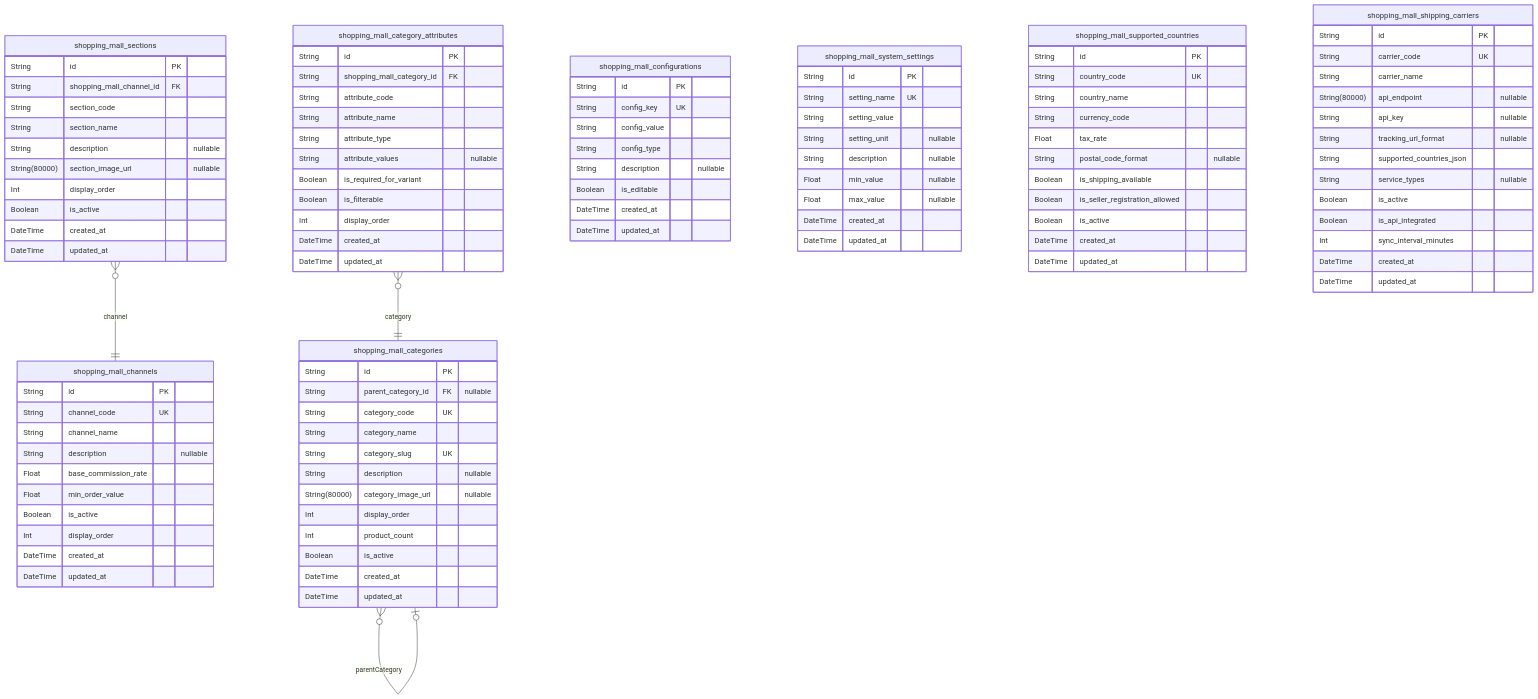
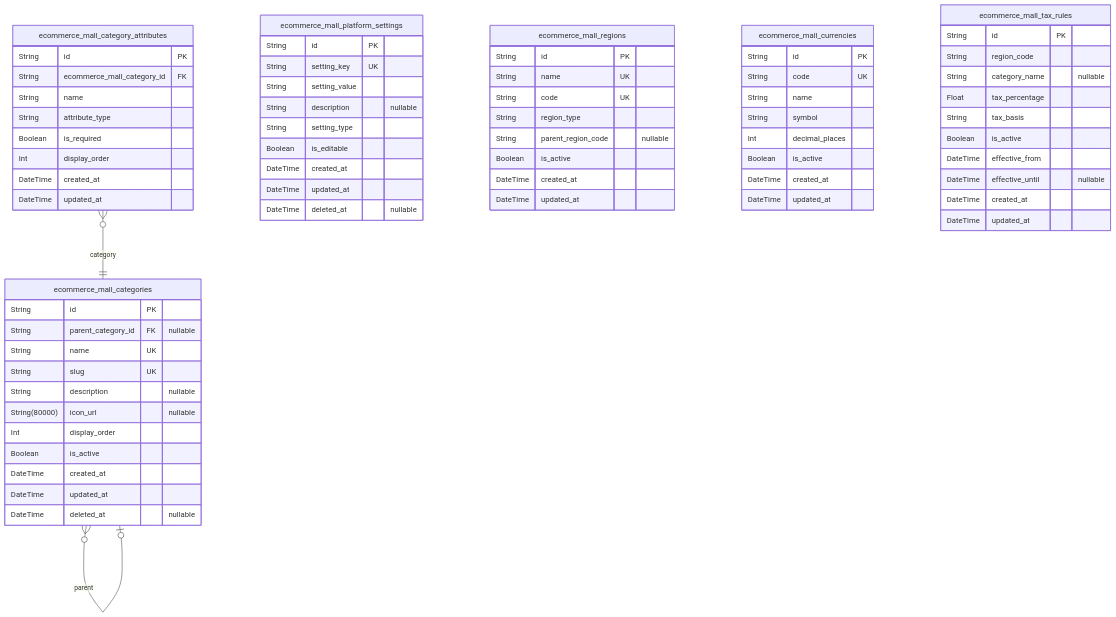
The first of 11 diagrams in anthropic/claude-haiku-4.5/shopping/docs/ERD.md (wrtnlabs/autobe-examples), drawn with Mermaid before and after one commit. The commit also changed other lines of this file and 22498 other files, not shown here.

````diff
--- a/anthropic/claude-haiku-4.5/shopping/docs/ERD.md
+++ b/anthropic/claude-haiku-4.5/shopping/docs/ERD.md
@@ -20,106 +19,71 @@
 ```mermaid
 erDiagram
-"shopping_mall_channels" {
+"ecommerce_mall_categories" {
   String id PK
-  String channel_code UK
-  String channel_name
+  String parent_category_id FK "nullable"
+  String name UK
+  String slug UK
   String description "nullable"
-  Float base_commission_rate
-  Float min_order_value
+  String(80000) icon_url "nullable"
+  Int display_order
   Boolean is_active
+  DateTime created_at
+  DateTime updated_at
+  DateTime deleted_at "nullable"
+}
+"ecommerce_mall_category_attributes" {
+  String id PK
+  String ecommerce_mall_category_id FK
+  String name
+  String attribute_type
+  Boolean is_required
   Int display_order
   DateTime created_at
   DateTime updated_at
 }
-"shopping_mall_sections" {
+"ecommerce_mall_platform_settings" {
   String id PK
-  String shopping_mall_channel_id FK
-  String section_code
-  String section_name
+  String setting_key UK
+  String setting_value
   String description "nullable"
-  String(80000) section_image_url "nullable"
-  Int display_order
+  String setting_type
+  Boolean is_editable
+  DateTime created_at
+  DateTime updated_at
+  DateTime deleted_at "nullable"
+}
+"ecommerce_mall_regions" {
+  String id PK
+  String name UK
+  String code UK
+  String region_type
+  String parent_region_code "nullable"
   Boolean is_active
   DateTime created_at
   DateTime updated_at
 }
-"shopping_mall_categories" {
+"ecommerce_mall_currencies" {
   String id PK
-  String parent_category_id FK "nullable"
-  String category_code UK
-  String category_name
-  String category_slug UK
-  String description "nullable"
-  String(80000) category_image_url "nullable"
-  Int display_order
-  Int product_count
+  String code UK
+  String name
+  String symbol
+  Int decimal_places
   Boolean is_active
   DateTime created_at
   DateTime updated_at
 }
-"shopping_mall_category_attributes" {
+"ecommerce_mall_tax_rules" {
   String id PK
-  String shopping_mall_category_id FK
-  String attribute_code
-  String attribute_name
-  String attribute_type
-  String attribute_values "nullable"
-  Boolean is_required_for_variant
-  Boolean is_filterable
-  Int display_order
+  String region_code
+  String category_name "nullable"
+  Float tax_percentage
+  String tax_basis
+  Boolean is_active
+  DateTime effective_from
+  DateTime effective_until "nullable"
   DateTime created_at
   DateTime updated_at
 }
-"shopping_mall_configurations" {
-  String id PK
-  String config_key UK
-  String config_value
-  String config_type
-  String description "nullable"
-  Boolean is_editable
-  DateTime created_at
-  DateTime updated_at
-}
-"shopping_mall_system_settings" {
-  String id PK
-  String setting_name UK
-  String setting_value
-  String setting_unit "nullable"
-  String description "nullable"
-  Float min_value "nullable"
-  Float max_value "nullable"
-  DateTime created_at
-  DateTime updated_at
-}
-"shopping_mall_supported_countries" {
-  String id PK
-  String country_code UK
-  String country_name
-  String currency_code
-  Float tax_rate
-  String postal_code_format "nullable"
-  Boolean is_shipping_available
-  Boolean is_seller_registration_allowed
-  Boolean is_active
-  DateTime created_at
-  DateTime updated_at
-}
-"shopping_mall_shipping_carriers" {
-  String id PK
-  String carrier_code UK
-  String carrier_name
-  String(80000) api_endpoint "nullable"
-  String api_key "nullable"
-  String tracking_url_format "nullable"
-  String supported_countries_json
-  String service_types "nullable"
-  Boolean is_active
-  Boolean is_api_integrated
-  Int sync_interval_minutes
-  DateTime created_at
-  DateTime updated_at
-}
-"shopping_mall_sections" }o--|| "shopping_mall_channels" : channel
-"shopping_mall_categories" }o--o| "shopping_mall_categories" : parentCategory
-"shopping_mall_category_attributes" }o--|| "shopping_mall_categories" : category
+"ecommerce_mall_categories" }o--o| "ecommerce_mall_categories" : parent
+"ecommerce_mall_category_attributes" }o--|| "ecommerce_mall_categories" : category
 ```
````
